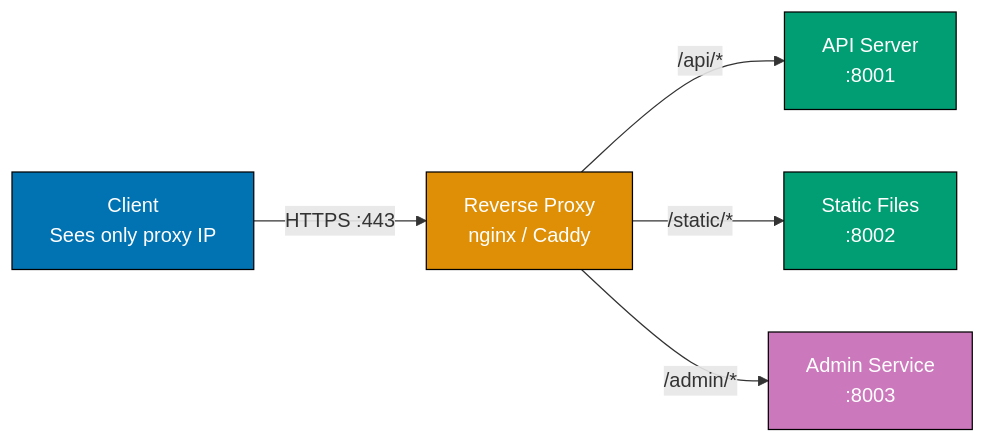
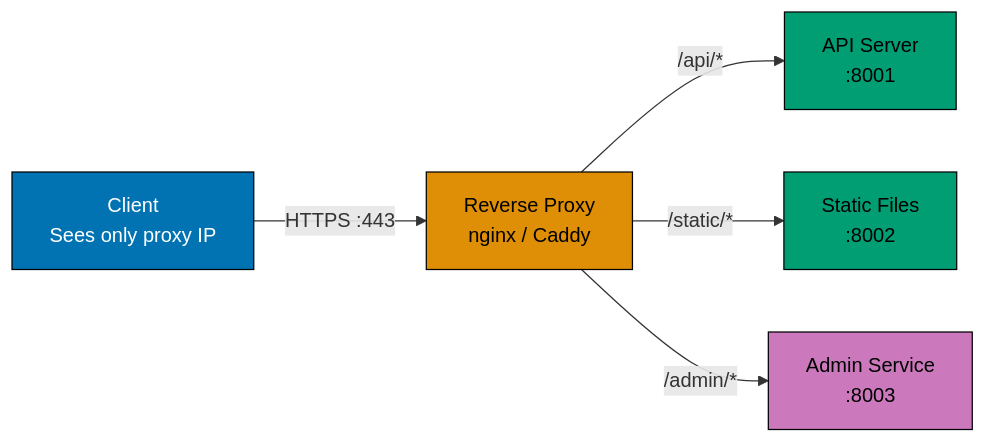
Before and after one commit to wahidyankf/ose-public: the fifth of 8 diagrams in apps/ayokoding-www/content/en/learn/legacy/software-engineering/system-design/by-example/beginner.md, drawn with Mermaid. The commit also changed other lines of this file and 78 other files, not shown here.

First line of the commit message:
fix(mermaid): bring the remaining legacy software-engineering diagrams onto the accessible palette

````diff
--- a/apps/ayokoding-www/content/en/learn/legacy/software-engineering/system-design/by-example/beginner.md
+++ b/apps/ayokoding-www/content/en/learn/legacy/software-engineering/system-design/by-example/beginner.md
@@ -3187,20 +3215,27 @@
 ```mermaid
 %% Color Palette: Blue #0173B2, Orange #DE8F05, Teal #029E73, Purple #CC78BC, Brown #CA9161
 graph LR
+    accTitle: Example 15: Reverse Proxy — Server-Side Intermediary
+    accDescr: Graph with 5 nodes and 4 connections. Nodes: Client Sees only proxy IP, Reverse Proxy nginx / Caddy, API Server :8001, Static Files :8002, Admin Service :8003. Connections: Client Sees only proxy IP to Reverse Proxy nginx / Caddy (HTTPS :443), Reverse Proxy nginx / Caddy to API Server :8001 (/api/*), Reverse Proxy nginx / Caddy to Static Files :8002 (/static/*), Reverse Proxy nginx / Caddy to Admin Service :8003 (/admin/*).
     Client["Client<br/>Sees only proxy IP"]
     RP["Reverse Proxy<br/>nginx / Caddy"]
     API["API Server<br/>:8001"]
     Static["Static Files<br/>:8002"]
     Admin["Admin Service<br/>:8003"]
 
     Client -->|"HTTPS :443"| RP
     RP -->|"/api/*"| API
     RP -->|"/static/*"| Static
     RP -->|"/admin/*"| Admin
 
-    style Client fill:#0173B2,stroke:#000,color:#fff
-    style RP fill:#DE8F05,stroke:#000,color:#fff
-    style API fill:#029E73,stroke:#000,color:#fff
-    style Static fill:#029E73,stroke:#000,color:#fff
-    style Admin fill:#CC78BC,stroke:#000,color:#fff
+    classDef pal-0173B2 fill:#0173B2,stroke:#000000,color:#FFFFFF
+    class Client pal-0173B2
+    classDef pal-DE8F05 fill:#DE8F05,stroke:#000000,color:#000000
+    class RP pal-DE8F05
+    classDef pal-029E73 fill:#029E73,stroke:#000000,color:#000000
+    class API pal-029E73
+    class Static pal-029E73
+    classDef pal-CC78BC fill:#CC78BC,stroke:#000000,color:#000000
+    class Admin pal-CC78BC
+    classDef default fill:#FFFFFF,stroke:#000000,color:#000000
 ```
````
